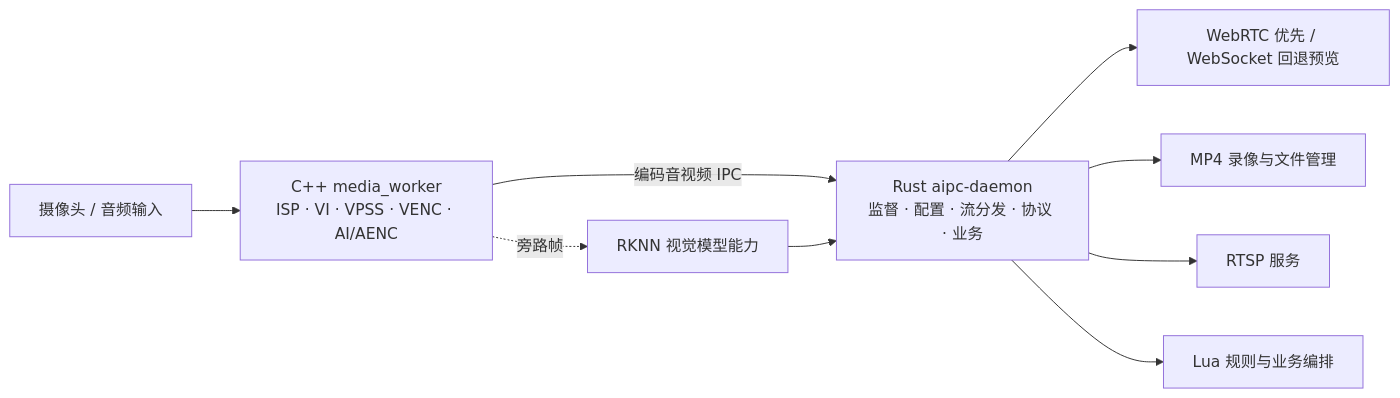
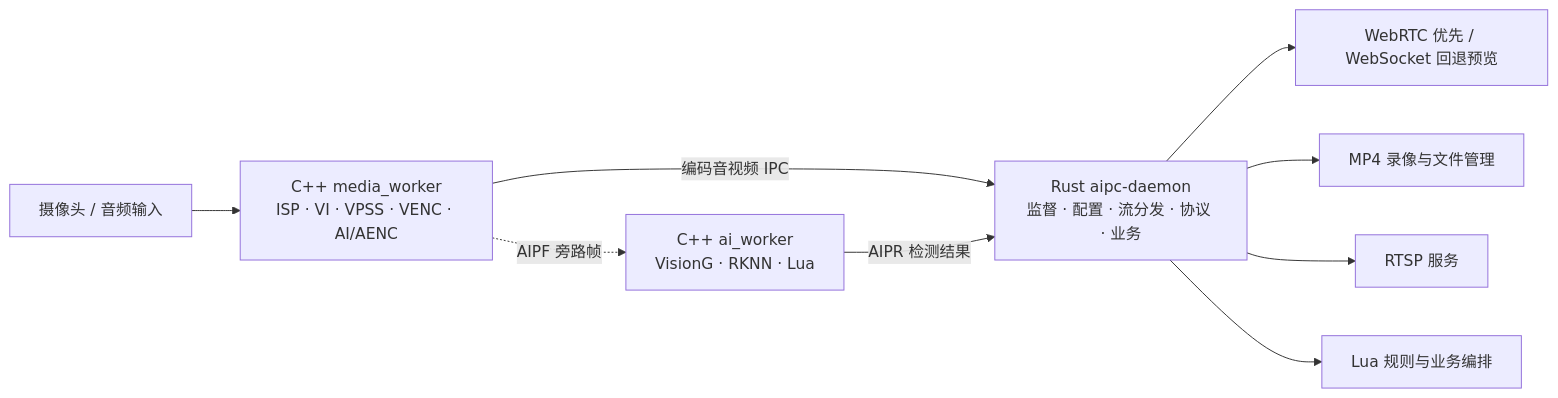
The diagram in README.md (Hyrsoft/aipc), drawn with Mermaid before and after one commit. The commit also changed other lines of this file and 56 other files, not shown here.

````diff
--- a/README.md
+++ b/README.md
@@ -36,11 +36,11 @@
 ```mermaid
 flowchart LR
     C[摄像头 / 音频输入] --> W[C++ media_worker<br/>ISP · VI · VPSS · VENC · AI/AENC]
     W -- 编码音视频 IPC --> R[Rust aipc-daemon<br/>监督 · 配置 · 流分发 · 协议 · 业务]
     R --> P[WebRTC 优先 / WebSocket 回退预览]
     R --> M[MP4 录像与文件管理]
     R --> T[RTSP 服务]
     R --> L[Lua 规则与业务编排]
-    W -. 旁路帧 .-> K[RKNN 视觉模型能力]
-    K --> R
+    W -. AIPF 旁路帧 .-> K[C++ ai_worker<br/>VisionG · RKNN · Lua]
+    K -- AIPR 检测结果 --> R
 ```
````
